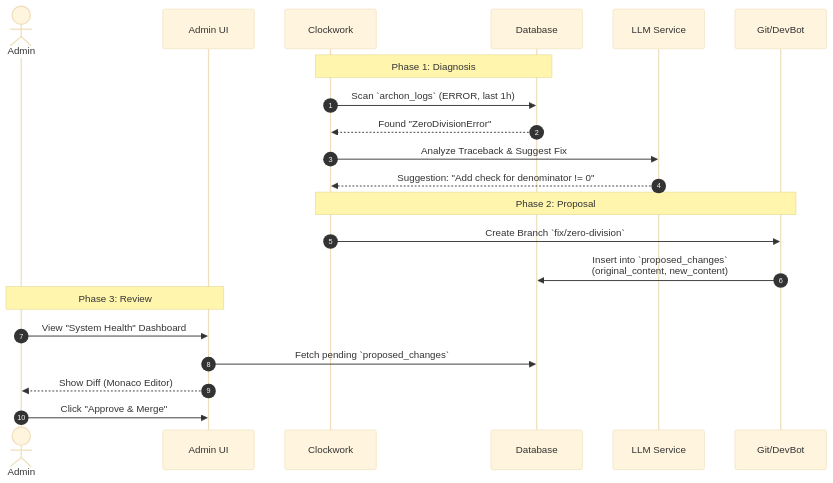
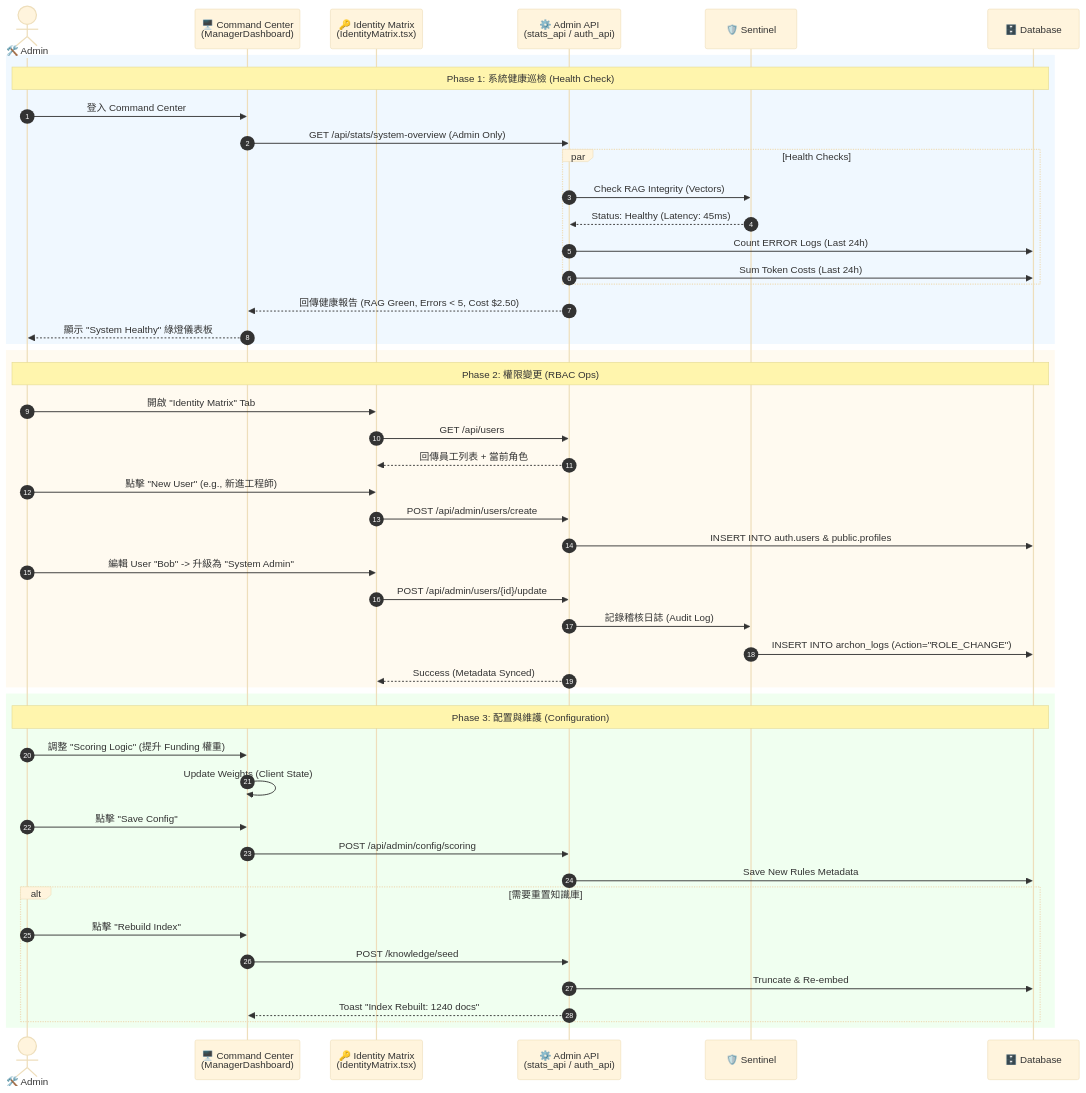
The diagram in PRPs/Phase_4.6.4_Admin_Persona_Workflows.md (info-vin/Archon), drawn with Mermaid (base theme) before and after one commit. The commit also changed other lines of this file and 6 other files, not shown here.

````diff
--- a/PRPs/Phase_4.6.4_Admin_Persona_Workflows.md
+++ b/PRPs/Phase_4.6.4_Admin_Persona_Workflows.md
@@ -43,29 +42,72 @@
 ```mermaid
 sequenceDiagram
     autonumber
-    actor Admin as Admin
-    participant UI as Admin UI
-    participant Clockwork
-    participant DB as Database
-    participant LLM as LLM Service
-    participant Git as Git/DevBot
+    actor Admin as 🛠️ Admin
+    participant UI as 🖥️ Command Center<br>(ManagerDashboard)
+    participant RBAC as 🔑 Identity Matrix<br>(IdentityMatrix.tsx)
+    participant API as ⚙️ Admin API<br>(stats_api / auth_api)
+    participant Sentinel as 🛡️ Sentinel
+    participant DB as 🗄️ Database
 
-    %% 1. 自動診斷
-    Note over Clockwork, DB: Phase 1: Diagnosis
-    Clockwork->>DB: Scan `archon_logs` (ERROR, last 1h)
-    DB-->>Clockwork: Found "ZeroDivisionError"
-    Clockwork->>LLM: Analyze Traceback & Suggest Fix
-    LLM-->>Clockwork: Suggestion: "Add check for denominator != 0"
+    %% ==========================================
+    %% 1. 系統健康巡檢 (System Health Check)
+    %% ==========================================
+    rect rgb(240, 248, 255)
+    Note over Admin, DB: Phase 1: 系統健康巡檢 (Health Check)
+    
+    Admin->>UI: 登入 Command Center
+    UI->>API: GET /api/stats/system-overview (Admin Only)
+    
+    par Health Checks
+        API->>Sentinel: Check RAG Integrity (Vectors)
+        Sentinel-->>API: Status: Healthy (Latency: 45ms)
+        API->>DB: Count ERROR Logs (Last 24h)
+        API->>DB: Sum Token Costs (Last 24h)
+    end
+    
+    API-->>UI: 回傳健康報告 (RAG Green, Errors < 5, Cost $2.50)
+    UI-->>Admin: 顯示 "System Healthy" 綠燈儀表板
+    end
 
-    %% 2. 方案生成
-    Note over Clockwork, Git: Phase 2: Proposal
-    Clockwork->>Git: Create Branch `fix/zero-division`
-    Git->>DB: Insert into `proposed_changes`<br>(original_content, new_content)
+    %% ==========================================
+    %% 2. 身份與權限管理 (RBAC Management)
+    %% ==========================================
+    rect rgb(255, 250, 240)
+    Note over Admin, DB: Phase 2: 權限變更 (RBAC Ops)
     
-    %% 3. 人工批准
-    Note over Admin, UI: Phase 3: Review
-    Admin->>UI: View "System Health" Dashboard
-    UI->>DB: Fetch pending `proposed_changes`
-    UI-->>Admin: Show Diff (Monaco Editor)
-    Admin->>UI: Click "Approve & Merge"
+    Admin->>RBAC: 開啟 "Identity Matrix" Tab
+    RBAC->>API: GET /api/users
+    API-->>RBAC: 回傳員工列表 + 當前角色
+    
+    Admin->>RBAC: 點擊 "New User" (e.g., 新進工程師)
+    RBAC->>API: POST /api/admin/users/create
+    API->>DB: INSERT INTO auth.users & public.profiles
+    
+    Admin->>RBAC: 編輯 User "Bob" -> 升級為 "System Admin"
+    RBAC->>API: POST /api/admin/users/{id}/update
+    
+    API->>Sentinel: 記錄稽核日誌 (Audit Log)
+    Sentinel->>DB: INSERT INTO archon_logs (Action="ROLE_CHANGE")
+    API-->>RBAC: Success (Metadata Synced)
+    end
+
+    %% ==========================================
+    %% 3. 系統配置與維護 (System Ops)
+    %% ==========================================
+    rect rgb(240, 255, 240)
+    Note over Admin, DB: Phase 3: 配置與維護 (Configuration)
+    
+    Admin->>UI: 調整 "Scoring Logic" (提升 Funding 權重)
+    UI->>UI: Update Weights (Client State)
+    Admin->>UI: 點擊 "Save Config"
+    UI->>API: POST /api/admin/config/scoring
+    API->>DB: Save New Rules Metadata
+    
+    alt 需要重置知識庫
+        Admin->>UI: 點擊 "Rebuild Index"
+        UI->>API: POST /knowledge/seed
+        API->>DB: Truncate & Re-embed
+        API-->>UI: Toast "Index Rebuilt: 1240 docs"
+    end
+    end
 ```
````
